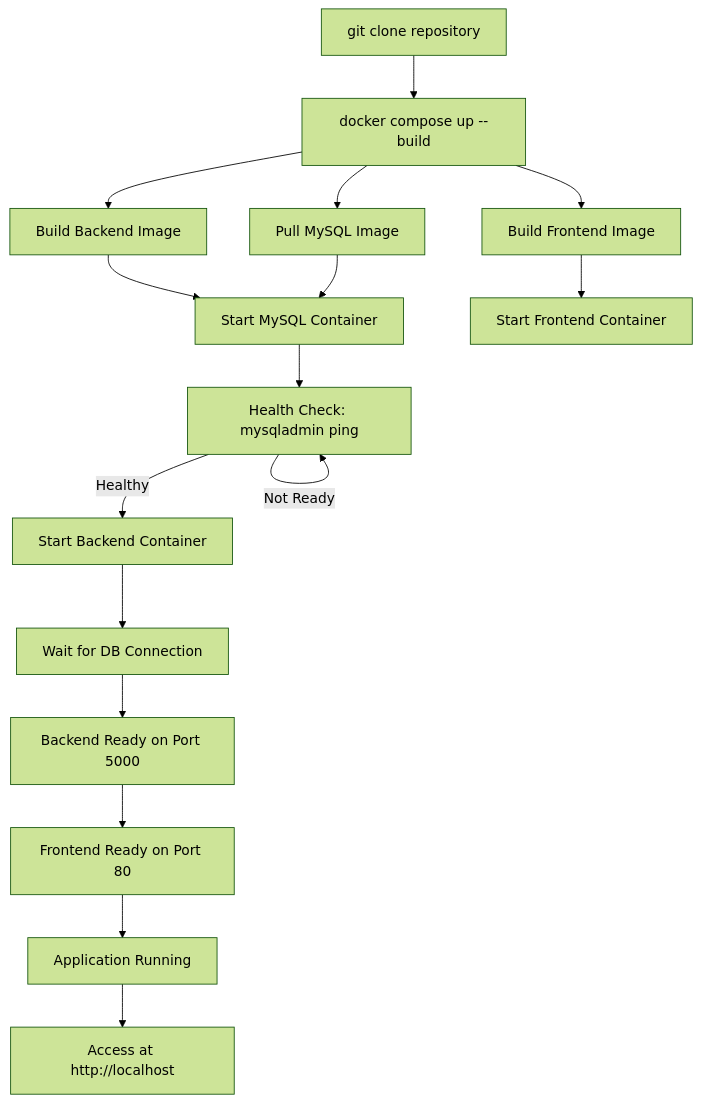
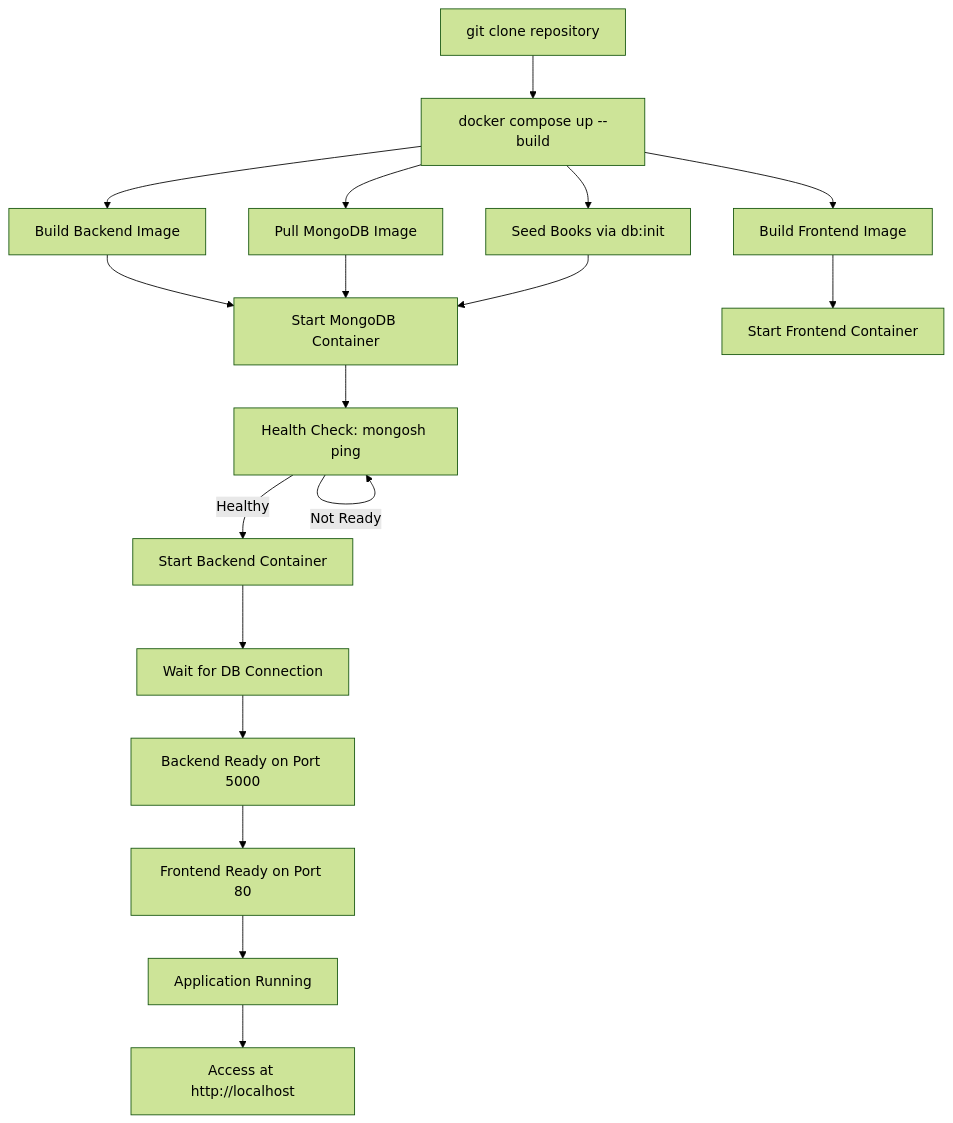
The tenth of 11 diagrams in docs/flowcharts.md (adhisworsharma-oss/learnnova), drawn with Mermaid (forest theme) before and after one commit. The commit also changed other lines of this file and 27 other files, not shown here.

````diff
--- a/docs/flowcharts.md
+++ b/docs/flowcharts.md
@@ -249,18 +249,20 @@
 ```mermaid
 flowchart TD
     A[git clone repository] --> B[docker compose up --build]
     B --> C[Build Backend Image]
     B --> D[Build Frontend Image]
-    B --> E[Pull MySQL Image]
-    C --> F[Start MySQL Container]
+    B --> E[Pull MongoDB Image]
+    C --> F[Start MongoDB Container]
     D --> G[Start Frontend Container]
     E --> F
-    F --> H[Health Check: mysqladmin ping]
+    B --> H1[Seed Books via db:init]
+    H1 --> F
+    F --> H[Health Check: mongosh ping]
     H -->|Healthy| I[Start Backend Container]
     H -->|Not Ready| H
     I --> J[Wait for DB Connection]
     J --> K[Backend Ready on Port 5000]
     K --> L[Frontend Ready on Port 80]
     L --> M[Application Running]
     M --> N[Access at http://localhost]
 ```
````
